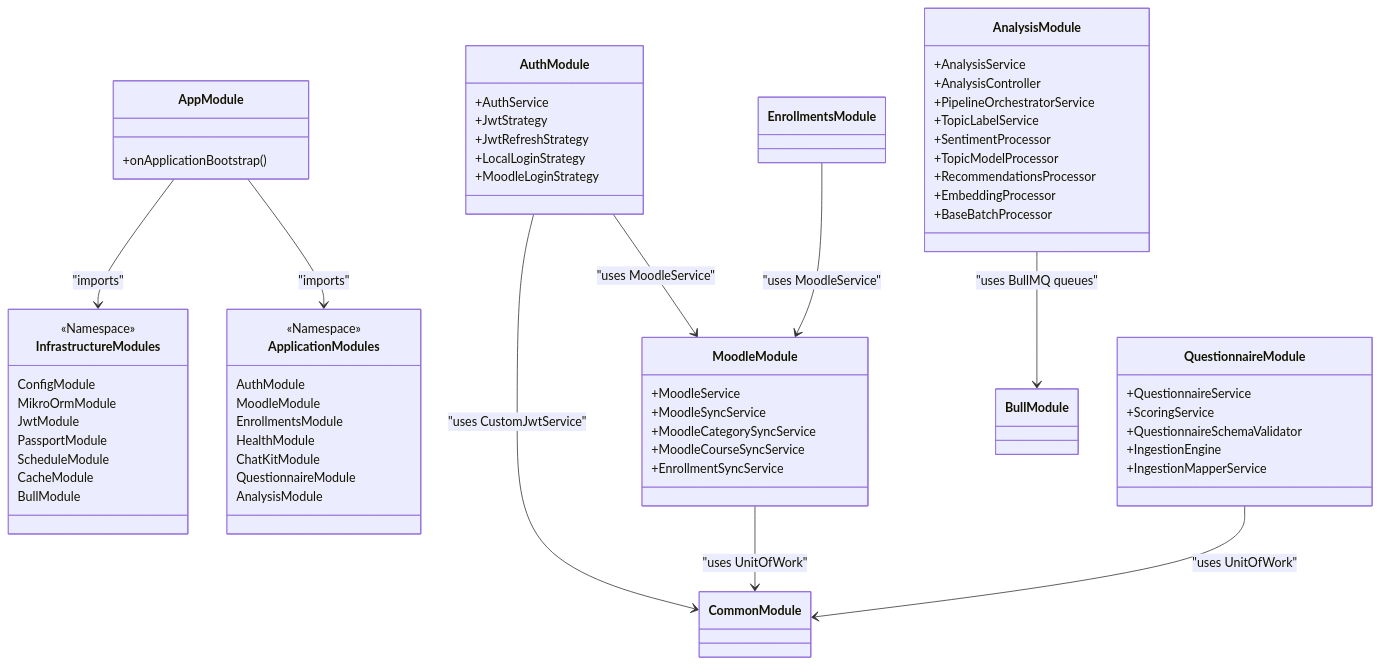
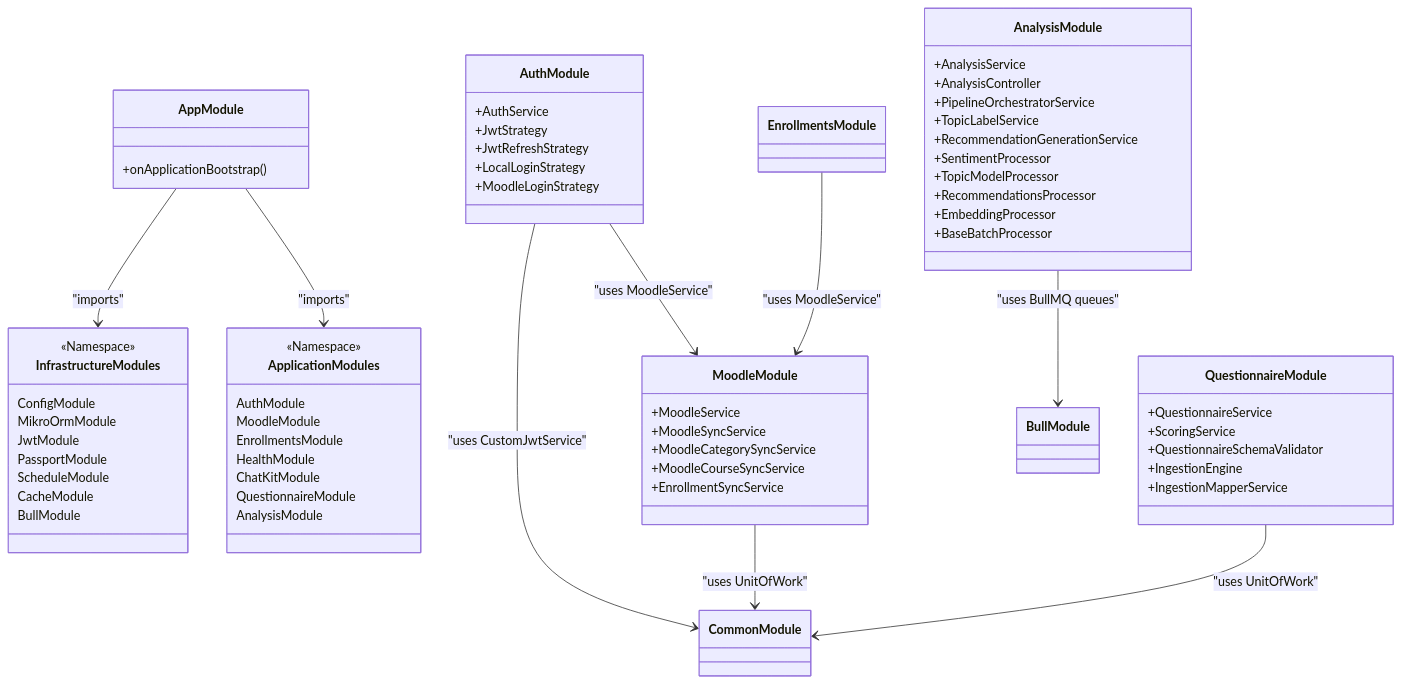
One commit to CtrlAltElite-Devs/api.faculytics changed the diagram in docs/architecture/core-components.md. Above: the diagram before and after it, drawn with Mermaid. The commit also changed other lines of this file and 26 other files, not shown here.

````diff
--- a/docs/architecture/core-components.md
+++ b/docs/architecture/core-components.md
@@ -30,72 +30,73 @@
 ```mermaid
 classDiagram
     class AppModule {
         +onApplicationBootstrap()
     }
     class InfrastructureModules {
         <<Namespace>>
         ConfigModule
         MikroOrmModule
         JwtModule
         PassportModule
         ScheduleModule
         CacheModule
         BullModule
     }
     class ApplicationModules {
         <<Namespace>>
         AuthModule
         MoodleModule
         EnrollmentsModule
         HealthModule
         ChatKitModule
         QuestionnaireModule
         AnalysisModule
     }
 
     AppModule --> InfrastructureModules : "imports"
     AppModule --> ApplicationModules : "imports"
 
     AuthModule --> MoodleModule : "uses MoodleService"
     AuthModule --> CommonModule : "uses CustomJwtService"
     MoodleModule --> CommonModule : "uses UnitOfWork"
     EnrollmentsModule --> MoodleModule : "uses MoodleService"
     QuestionnaireModule --> CommonModule : "uses UnitOfWork"
     AnalysisModule --> BullModule : "uses BullMQ queues"
 
     class AnalysisModule {
         +AnalysisService
         +AnalysisController
         +PipelineOrchestratorService
         +TopicLabelService
+        +RecommendationGenerationService
         +SentimentProcessor
         +TopicModelProcessor
         +RecommendationsProcessor
         +EmbeddingProcessor
         +BaseBatchProcessor
     }
 
     class MoodleModule {
         +MoodleService
         +MoodleSyncService
         +MoodleCategorySyncService
         +MoodleCourseSyncService
         +EnrollmentSyncService
     }
 
     class AuthModule {
         +AuthService
         +JwtStrategy
         +JwtRefreshStrategy
         +LocalLoginStrategy
         +MoodleLoginStrategy
     }
 
     class QuestionnaireModule {
         +QuestionnaireService
         +ScoringService
         +QuestionnaireSchemaValidator
         +IngestionEngine
         +IngestionMapperService
     }
 ```
````
